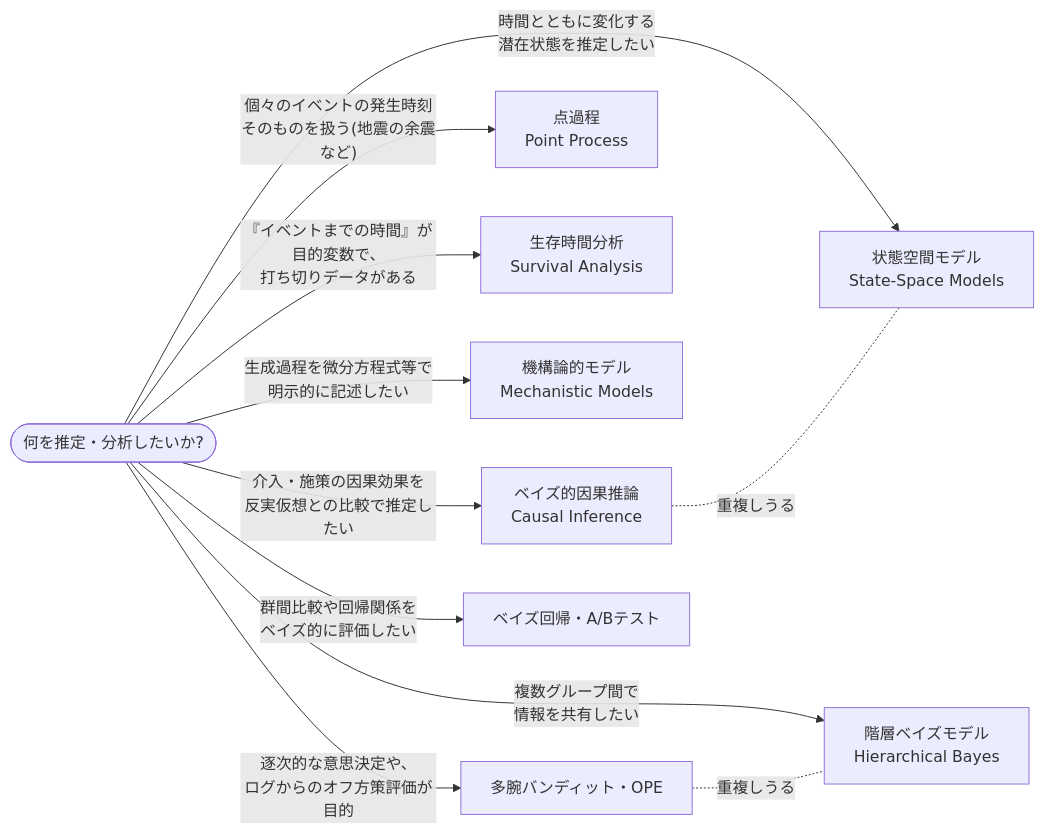
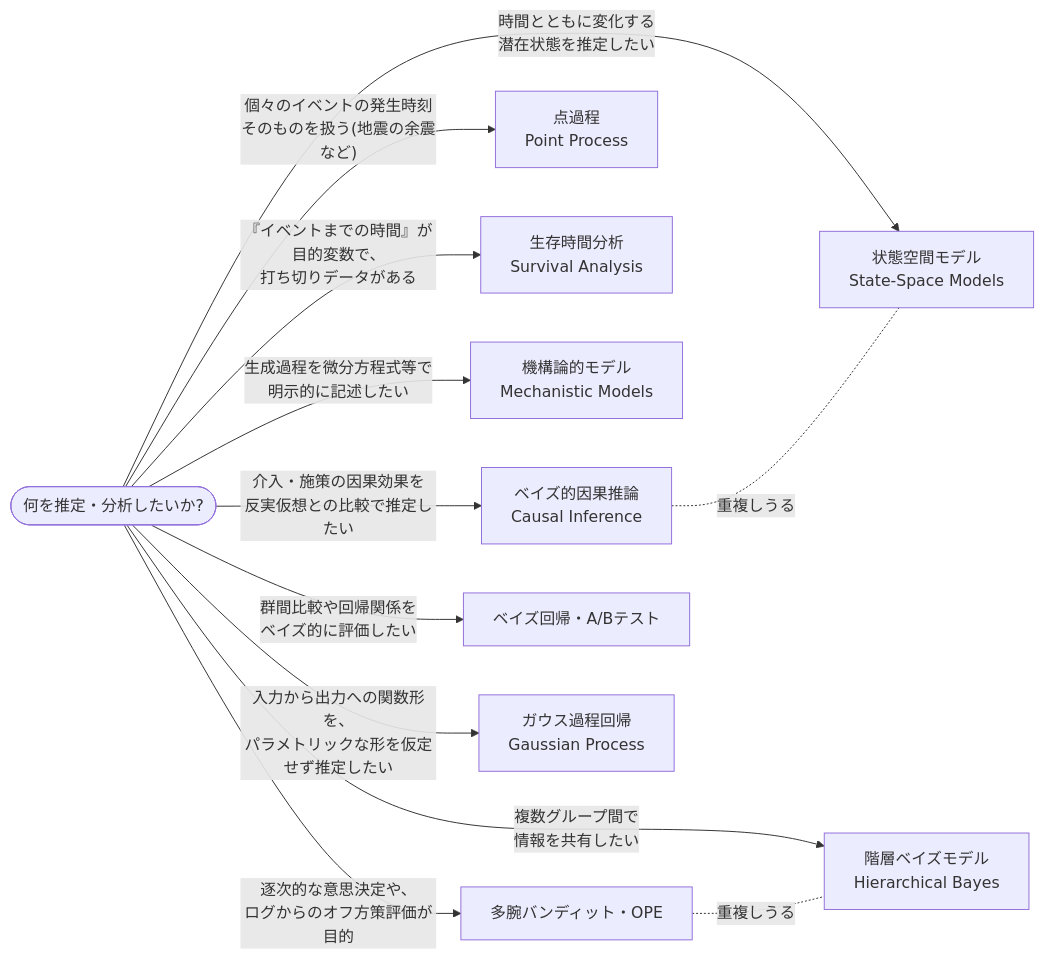
Before and after one commit to karahashimanato/bayesian-analysis-index: the diagram in analysis-types.md, drawn with Mermaid. The commit also changed other lines of this file and 11 other files, not shown here.

First line of the commit message:
Add bayesian-gaussian-process learnings across all index categories

````diff
--- a/analysis-types.md
+++ b/analysis-types.md
@@ -9,16 +9,17 @@
 ```mermaid
 flowchart LR
     Start(["何を推定・分析したいか?"])
 
     Start -->|"介入・施策の因果効果を<br/>反実仮想との比較で推定したい"| CI["ベイズ的因果推論<br/>Causal Inference"]
     Start -->|"個々のイベントの発生時刻<br/>そのものを扱う(地震の余震など)"| PP["点過程<br/>Point Process"]
     Start -->|"『イベントまでの時間』が目的変数で、<br/>打ち切りデータがある"| SA["生存時間分析<br/>Survival Analysis"]
     Start -->|"生成過程を微分方程式等で<br/>明示的に記述したい"| MM["機構論的モデル<br/>Mechanistic Models"]
     Start -->|"時間とともに変化する<br/>潜在状態を推定したい"| SSM["状態空間モデル<br/>State-Space Models"]
     Start -->|"逐次的な意思決定や、<br/>ログからのオフ方策評価が目的"| MAB["多腕バンディット・OPE"]
     Start -->|"複数グループ間で<br/>情報を共有したい"| HB["階層ベイズモデル<br/>Hierarchical Bayes"]
     Start -->|"群間比較や回帰関係を<br/>ベイズ的に評価したい"| RB["ベイズ回帰・A/Bテスト"]
+    Start -->|"入力から出力への関数形を、<br/>パラメトリックな形を仮定せず推定したい"| GP["ガウス過程回帰<br/>Gaussian Process"]
 
     CI -.重複しうる.- SSM
     MAB -.重複しうる.- HB
 ```
````
